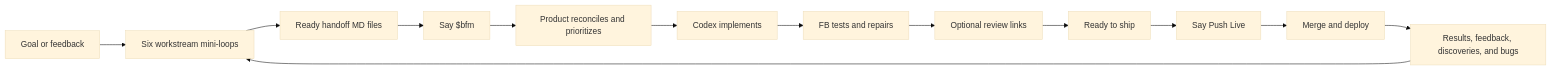
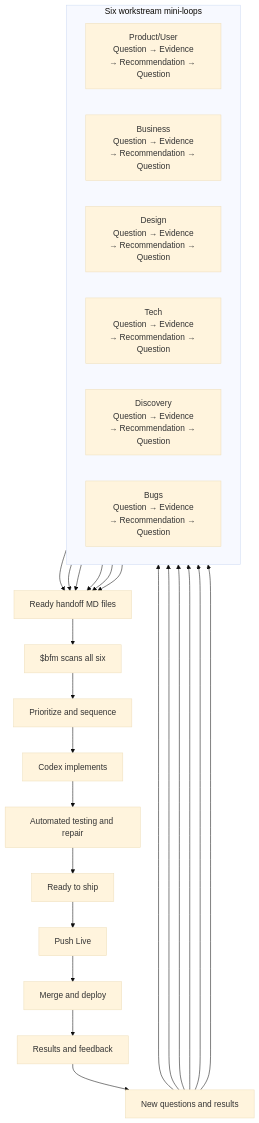
Before and after one commit to friedbeef1/fb-lane-coordination: the diagram in README.md, drawn with Mermaid (base theme). The commit also changed other lines of this file and 6 other files, not shown here.

````diff
--- a/README.md
+++ b/README.md
@@ -44,15 +44,37 @@
 ```mermaid
-flowchart LR
-    U["Goal or feedback"] --> W["Six workstream mini-loops"]
-    W --> H["Ready handoff MD files"]
-    H --> B["Say $bfm"]
-    B --> P["Product reconciles and prioritizes"]
-    P --> C["Codex implements"]
-    C --> T["FB tests and repairs"]
-    T --> R["Optional review links"]
-    R --> S["Ready to ship"]
-    S --> L["Say Push Live"]
-    L --> D["Merge and deploy"]
-    D --> F["Results, feedback, discoveries, and bugs"]
-    F --> W
+flowchart TB
+    subgraph M["Six workstream mini-loops"]
+        direction LR
+        PU["Product/User<br/>Question → Evidence<br/>→ Recommendation → Question"]
+        BU["Business<br/>Question → Evidence<br/>→ Recommendation → Question"]
+        DE["Design<br/>Question → Evidence<br/>→ Recommendation → Question"]
+        TE["Tech<br/>Question → Evidence<br/>→ Recommendation → Question"]
+        DI["Discovery<br/>Question → Evidence<br/>→ Recommendation → Question"]
+        BG["Bugs<br/>Question → Evidence<br/>→ Recommendation → Question"]
+    end
+
+    PU --> H
+    BU --> H
+    DE --> H
+    TE --> H
+    DI --> H
+    BG --> H
+    H["Ready handoff MD files"]
+    B["$bfm scans all six"]
+    P["Prioritize and sequence"]
+    C["Codex implements"]
+    T["Automated testing and repair"]
+    S["Ready to ship"]
+    L["Push Live"]
+    D["Merge and deploy"]
+    F["Results and feedback"]
+    N["New questions and results"]
+    H --> B --> P --> C --> T --> S --> L --> D --> F
+    F --> N
+    N --> PU
+    N --> BU
+    N --> DE
+    N --> TE
+    N --> DI
+    N --> BG
 ```
````
